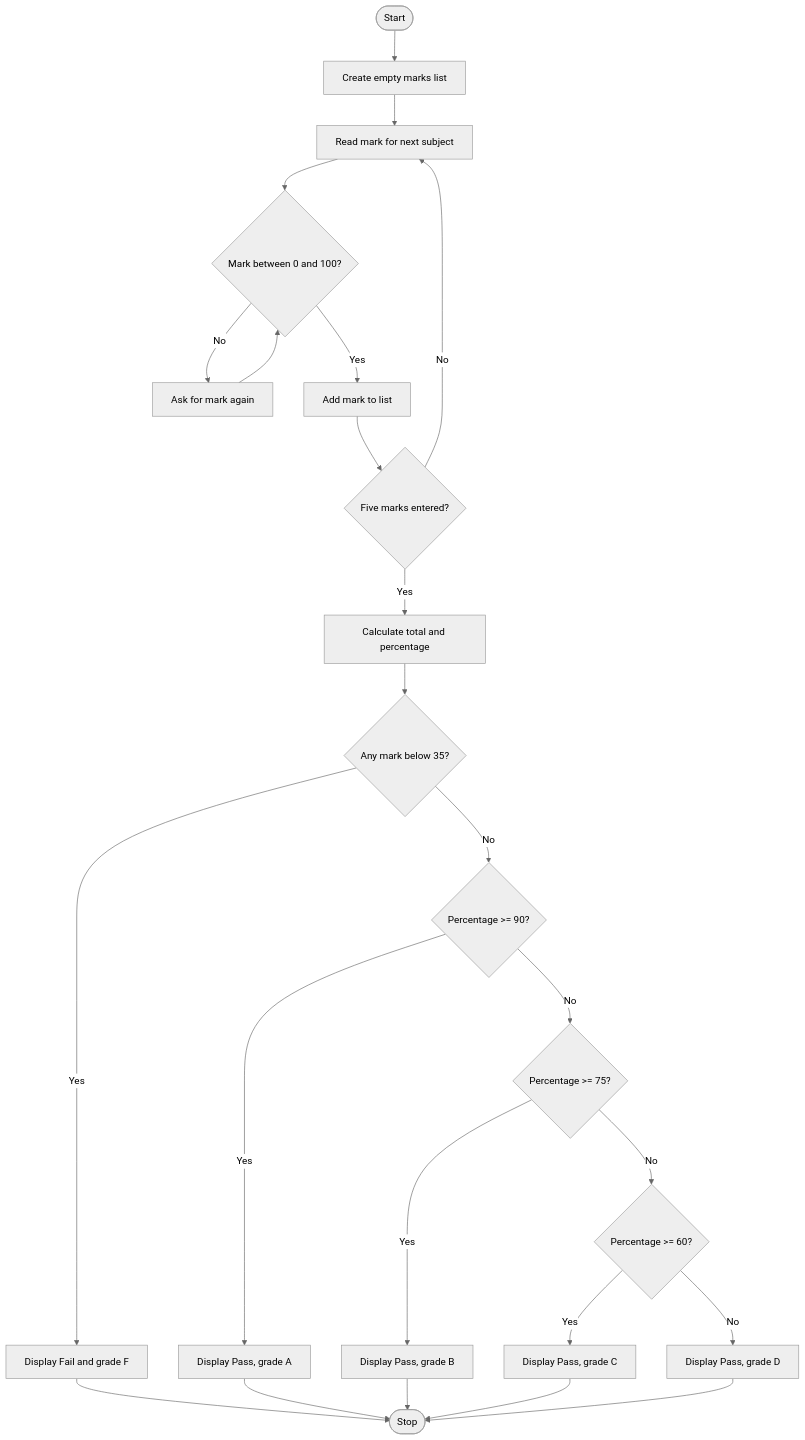
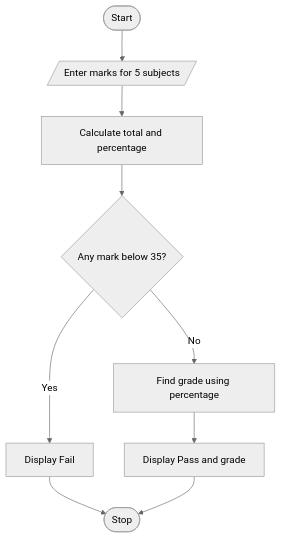
The diagram in 01_Student_Grade_Calculator/algorithm_flowchart.md (shaikishaa59-lab/ABL-PYTHON-), drawn with Mermaid (neutral theme) before and after one commit. The commit also changed other lines of this file, not shown here.

Commit message:
Simplify flowchart for Student Grade Calculator

````diff
--- a/01_Student_Grade_Calculator/algorithm_flowchart.md
+++ b/01_Student_Grade_Calculator/algorithm_flowchart.md
@@ -14,26 +3,11 @@
 ```mermaid
 flowchart TD
- A([Start]) --> B[Create empty marks list]
- B --> C[Read mark for next subject]
- C --> D{Mark between 0 and 100?}
- D -- No --> E[Ask for mark again]
- E --> D
- D -- Yes --> F[Add mark to list]
- F --> G{Five marks entered?}
- G -- No --> C
- G -- Yes --> H[Calculate total and percentage]
- H --> I{Any mark below 35?}
- I -- Yes --> J[Display Fail and grade F]
- I -- No --> K{Percentage >= 90?}
- K -- Yes --> L[Display Pass, grade A]
- K -- No --> M{Percentage >= 75?}
- M -- Yes --> N[Display Pass, grade B]
- M -- No --> O{Percentage >= 60?}
- O -- Yes --> P[Display Pass, grade C]
- O -- No --> Q[Display Pass, grade D]
- J --> R([Stop])
- L --> R
- N --> R
- P --> R
- Q --> R
+ A([Start]) --> B[/Enter marks for 5 subjects/]
+ B --> C[Calculate total and percentage]
+ C --> D{Any mark below 35?}
+ D -- Yes --> E[Display Fail]
+ D -- No --> F[Find grade using percentage]
+ F --> G[Display Pass and grade]
+ E --> H([Stop])
+ G --> H
 ```
````
